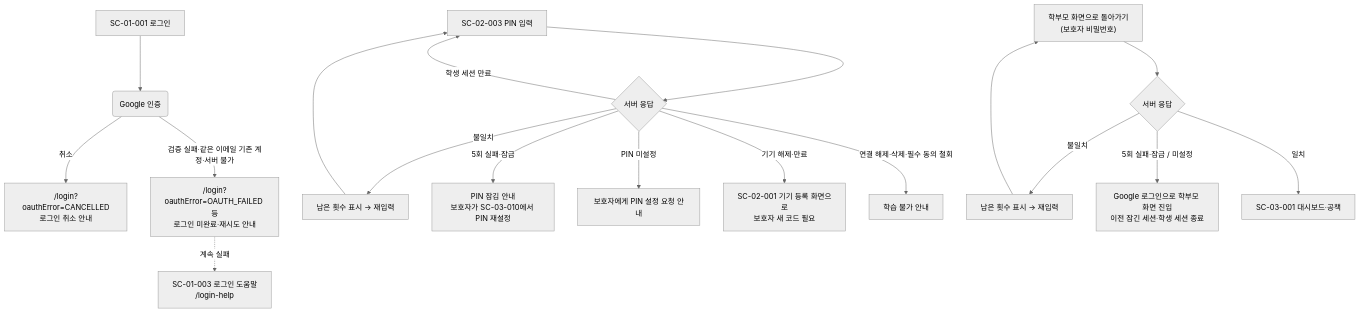
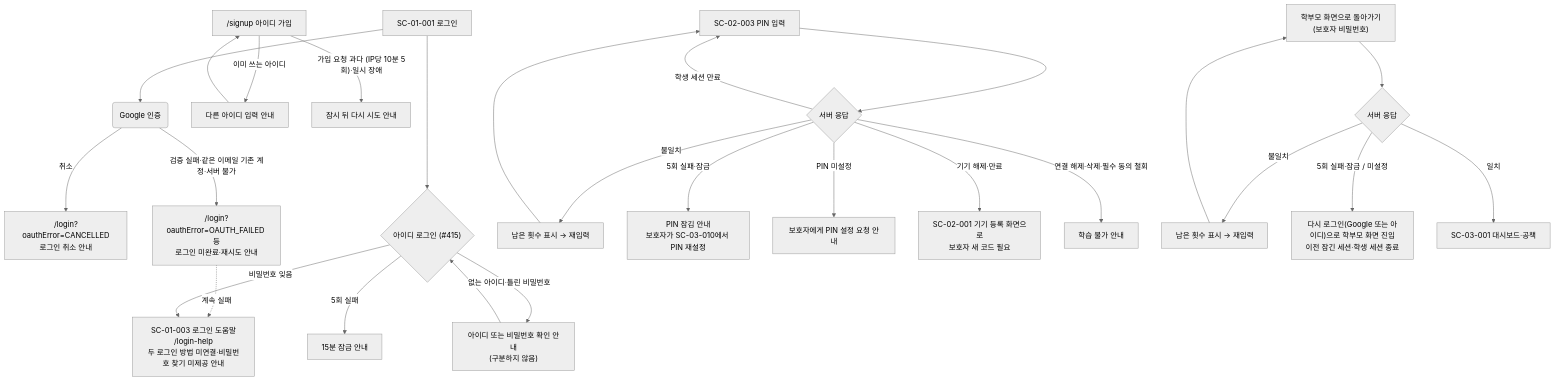
Before and after one commit to SKNETWORKS-FAMILY-AICAMP/SKN34-FINAL-3TEAM: the sixth of 12 diagrams in docs/design/user-flow.md, drawn with Mermaid (neutral theme). The commit also changed other lines of this file and 61 other files, not shown here.

First line of the commit message:
feat: 학부모 ID·비밀번호 가입·로그인과 부하 시험 계정 준비

````diff
--- a/docs/design/user-flow.md
+++ b/docs/design/user-flow.md
@@ -246,20 +252,26 @@
 ```mermaid
 flowchart TD
   L["SC-01-001 로그인"] --> G("Google 인증")
   G -->|"취소"| E1["/login?oauthError=CANCELLED<br/>로그인 취소 안내"]
   G -->|"검증 실패·같은 이메일 기존 계정·서버 불가"| E2["/login?oauthError=OAUTH_FAILED 등<br/>로그인 미완료·재시도 안내"]
-  E2 -.->|"계속 실패"| E3["SC-01-003 로그인 도움말<br/>/login-help"]
+  E2 -.->|"계속 실패"| E3["SC-01-003 로그인 도움말<br/>/login-help<br/>두 로그인 방법 미연결·비밀번호 찾기 미제공 안내"]
+  L --> IDL{"아이디 로그인 (#415)"}
+  IDL -->|"없는 아이디·틀린 비밀번호"| E4["아이디 또는 비밀번호 확인 안내<br/>(구분하지 않음)"] --> IDL
+  IDL -->|"5회 실패"| E5["15분 잠금 안내"]
+  IDL -->|"비밀번호 잊음"| E3
+  SU["/signup 아이디 가입"] -->|"이미 쓰는 아이디"| E6["다른 아이디 입력 안내"] --> SU
+  SU -->|"가입 요청 과다 (IP당 10분 5회)·일시 장애"| E7["잠시 뒤 다시 시도 안내"]
 
   K["SC-02-003 PIN 입력"] --> PIN{"서버 응답"}
   PIN -->|"불일치"| R1["남은 횟수 표시 → 재입력"] --> K
   PIN -->|"5회 실패·잠금"| R2["PIN 잠김 안내<br/>보호자가 SC-03-010에서 PIN 재설정"]
   PIN -->|"PIN 미설정"| R3["보호자에게 PIN 설정 요청 안내"]
   PIN -->|"기기 해제·만료"| R4["SC-02-001 기기 등록 화면으로<br/>보호자 새 코드 필요"]
   PIN -->|"연결 해제·삭제·필수 동의 철회"| R5["학습 불가 안내"]
   PIN -->|"학생 세션 만료"| K
 
   U["학부모 화면으로 돌아가기<br/>(보호자 비밀번호)"] --> UN{"서버 응답"}
   UN -->|"불일치"| U1["남은 횟수 표시 → 재입력"] --> U
-  UN -->|"5회 실패·잠금 / 미설정"| U2["Google 로그인으로 학부모 화면 진입<br/>이전 잠긴 세션·학생 세션 종료"]
+  UN -->|"5회 실패·잠금 / 미설정"| U2["다시 로그인(Google 또는 아이디)으로 학부모 화면 진입<br/>이전 잠긴 세션·학생 세션 종료"]
   UN -->|"일치"| U3["SC-03-001 대시보드·공책"]
 ```
````
